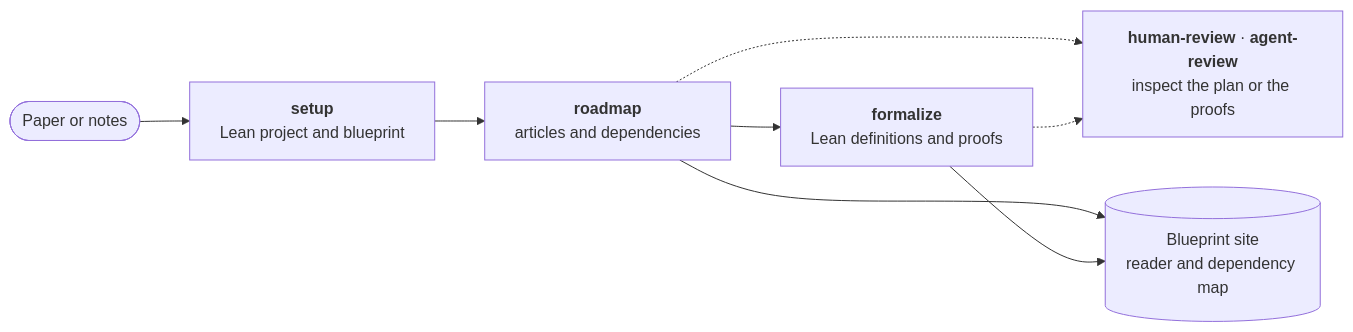
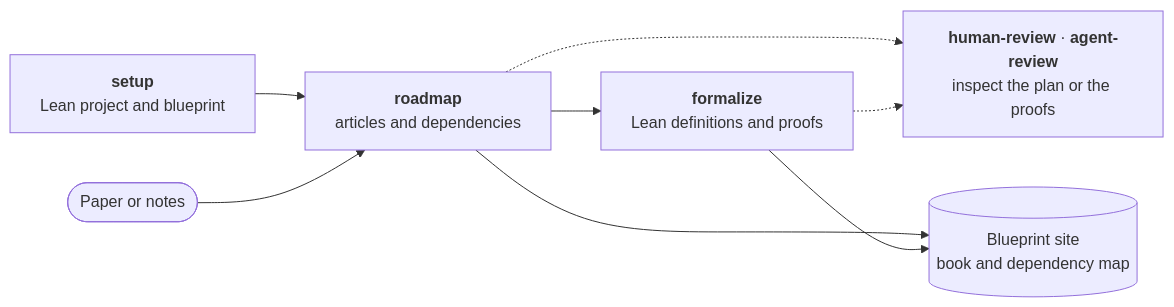
One commit to facebookresearch/autoform-bot changed the diagram in README.md. Above: the diagram before and after it, drawn with Mermaid. The commit also changed other lines of this file, not shown here.

````diff
--- a/README.md
+++ b/README.md
@@ -18,8 +18,8 @@
 ```mermaid
 flowchart LR
-  source(["Paper or notes"]) --> setup["<b>setup</b><br>Lean project and blueprint"]
-  setup --> roadmap["<b>roadmap</b><br>articles and dependencies"]
+  setup["<b>setup</b><br>Lean project and blueprint"] --> roadmap["<b>roadmap</b><br>articles and dependencies"]
+  source(["Paper or notes"]) --> roadmap
   roadmap --> formalize["<b>formalize</b><br>Lean definitions and proofs"]
   roadmap & formalize -.-> review["<b>human-review</b> · <b>agent-review</b><br>inspect the plan or the proofs"]
-  roadmap & formalize --> site[("Blueprint site<br>reader and dependency map")]
+  roadmap & formalize --> site[("Blueprint site<br>book and dependency map")]
 ```
````
